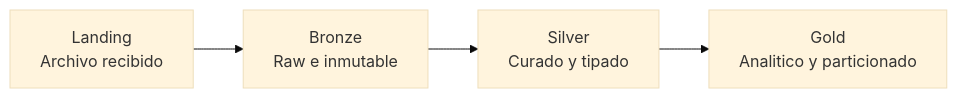
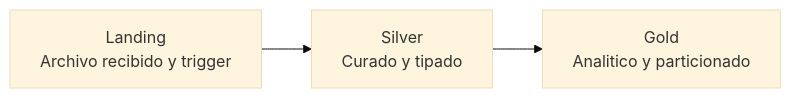
The third of 5 diagrams in docs/etl_architecture_diagram.md (Merlin2098/HR-Data-Lakehouse), drawn with Mermaid (base theme) before and after one commit. The commit also changed other lines of this file and 18 other files, not shown here.

Commit message:
Simplify landing flow to trigger-only bronze

````diff
--- a/docs/etl_architecture_diagram.md
+++ b/docs/etl_architecture_diagram.md
@@ -70,6 +61,5 @@
 ```mermaid
 flowchart LR
-    L["Landing<br/>Archivo recibido"] --> BR["Bronze<br/>Raw e inmutable"]
-    BR --> SI["Silver<br/>Curado y tipado"]
+    L["Landing<br/>Archivo recibido y trigger"] --> SI["Silver<br/>Curado y tipado"]
     SI --> GO["Gold<br/>Analitico y particionado"]
 ```
````
